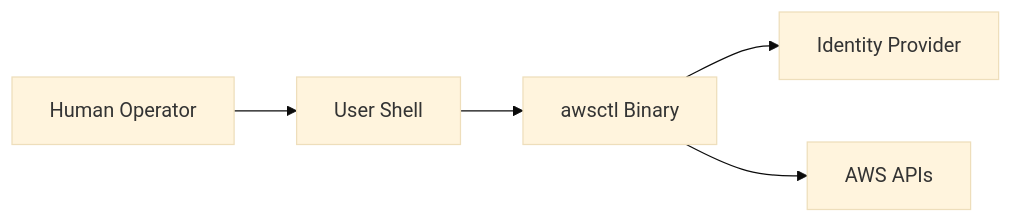
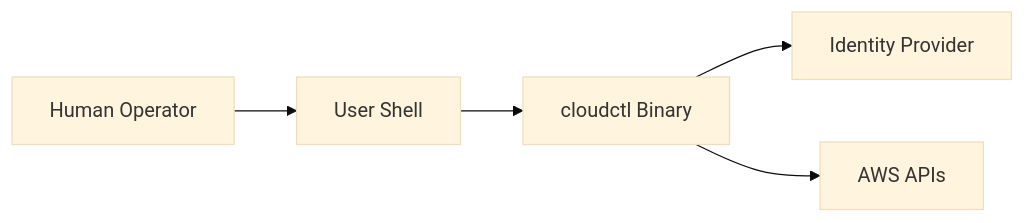
One commit to hoad-org/cloudctl changed the first of 2 diagrams in docs/wiki/trust-and-security-boundaries.md. Above: the diagram before and after it, drawn with Mermaid (base theme). The commit also changed other lines of this file and 198 other files, not shown here.

````diff
--- a/docs/wiki/trust-and-security-boundaries.md
+++ b/docs/wiki/trust-and-security-boundaries.md
@@ -30,13 +30,13 @@
 ```mermaid
 flowchart LR
     Human[Human Operator]
     Shell[User Shell]
-    Awsctl[awsctl Binary]
+    Awsctl[cloudctl Binary]
     IdP[Identity Provider]
     AWS[AWS APIs]
 
     Human --> Shell
     Shell --> Awsctl
     Awsctl --> IdP
     Awsctl --> AWS
 ```
````
